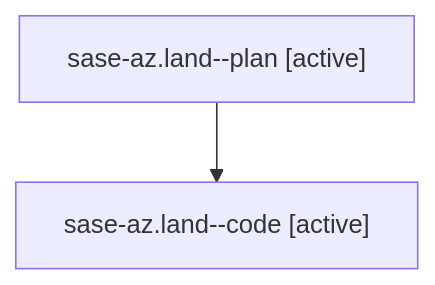
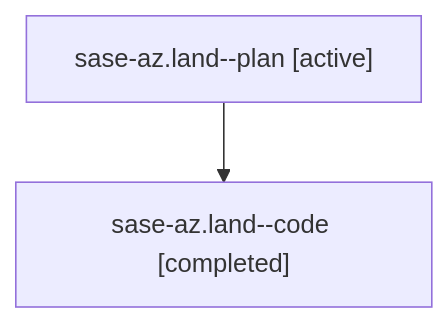
One commit to sase-org/sase--agents changed the diagram in families/bbugyi200.athena.sase-az.land.md. Above: the diagram before and after it, drawn with Mermaid. The commit also changed other lines of this file and 5813 other files, not shown here.

````diff
--- a/families/bbugyi200.athena.sase-az.land.md
+++ b/families/bbugyi200.athena.sase-az.land.md
@@ -9,6 +9,6 @@
 ```mermaid
 flowchart TD
   n0["sase-az.land--plan [active]"]
-  n1["sase-az.land--code [active]"]
+  n1["sase-az.land--code [completed]"]
   n0 --> n1
 ```
````
